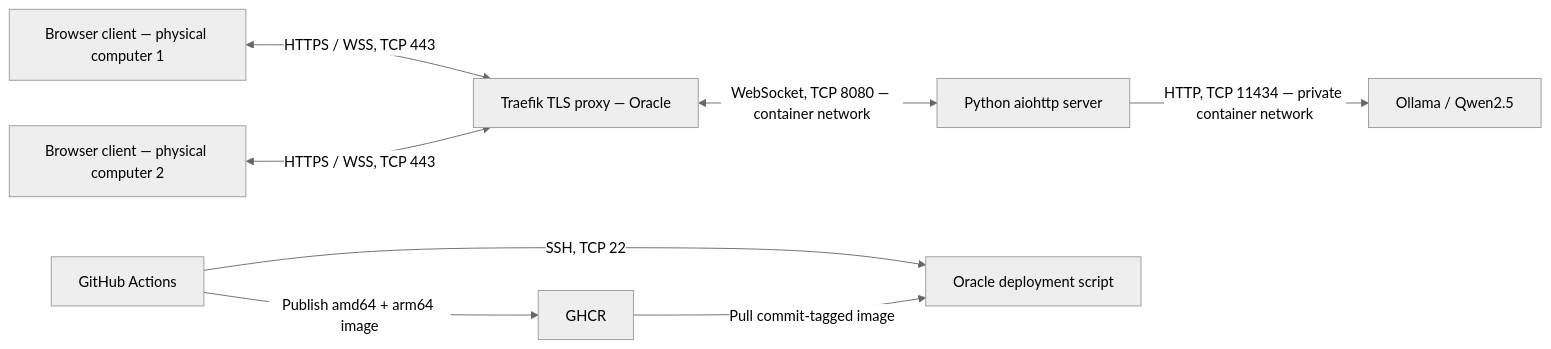
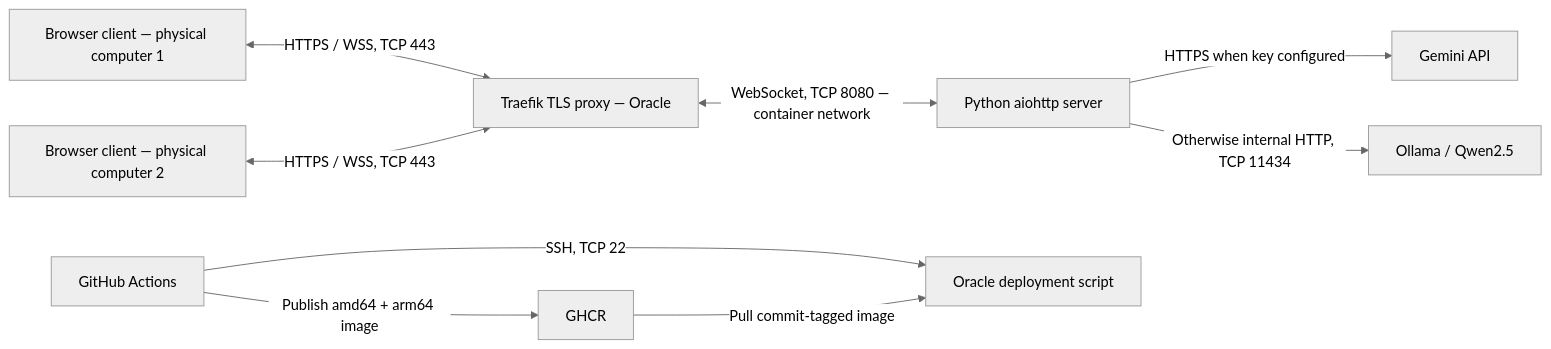
Before and after one commit to Quackudy/2110471-Computer-Network-I-Websocket-Project: the diagram in README.md, drawn with Mermaid (neutral theme). The commit also changed other lines of this file and 9 other files, not shown here.

````diff
--- a/README.md
+++ b/README.md
@@ -83,10 +83,11 @@
 ```mermaid
 flowchart LR
   A[Browser client — physical computer 1] <-->|HTTPS / WSS, TCP 443| T[Traefik TLS proxy — Oracle]
   B[Browser client — physical computer 2] <-->|HTTPS / WSS, TCP 443| T
   T <-->|WebSocket, TCP 8080 — container network| S[Python aiohttp server]
-  S -->|HTTP, TCP 11434 — private container network| AI[Ollama / Qwen2.5]
+  S -->|HTTPS when key configured| GAI[Gemini API]
+  S -->|Otherwise internal HTTP, TCP 11434| AI[Ollama / Qwen2.5]
   G[GitHub Actions] -->|Publish amd64 + arm64 image| R[GHCR]
   G -->|SSH, TCP 22| O[Oracle deployment script]
   R -->|Pull commit-tagged image| O
 ```
````
